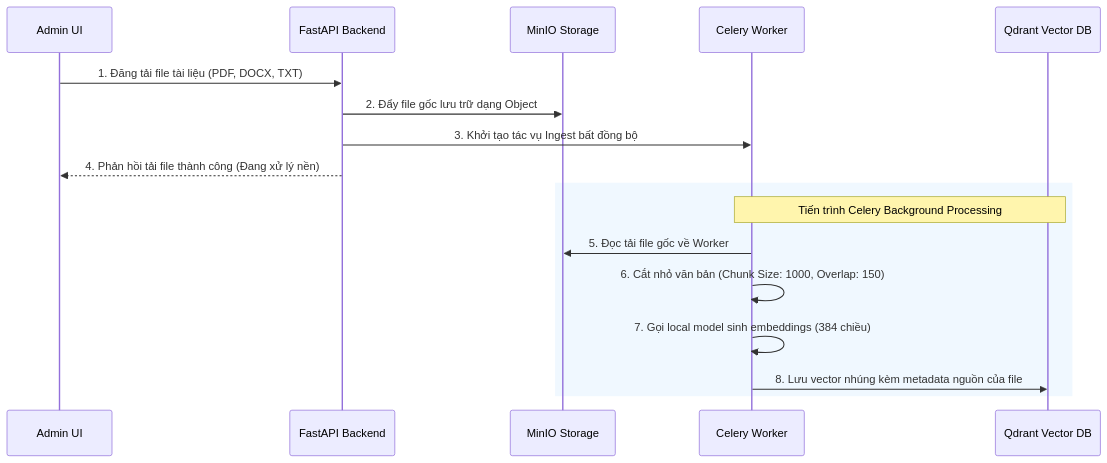
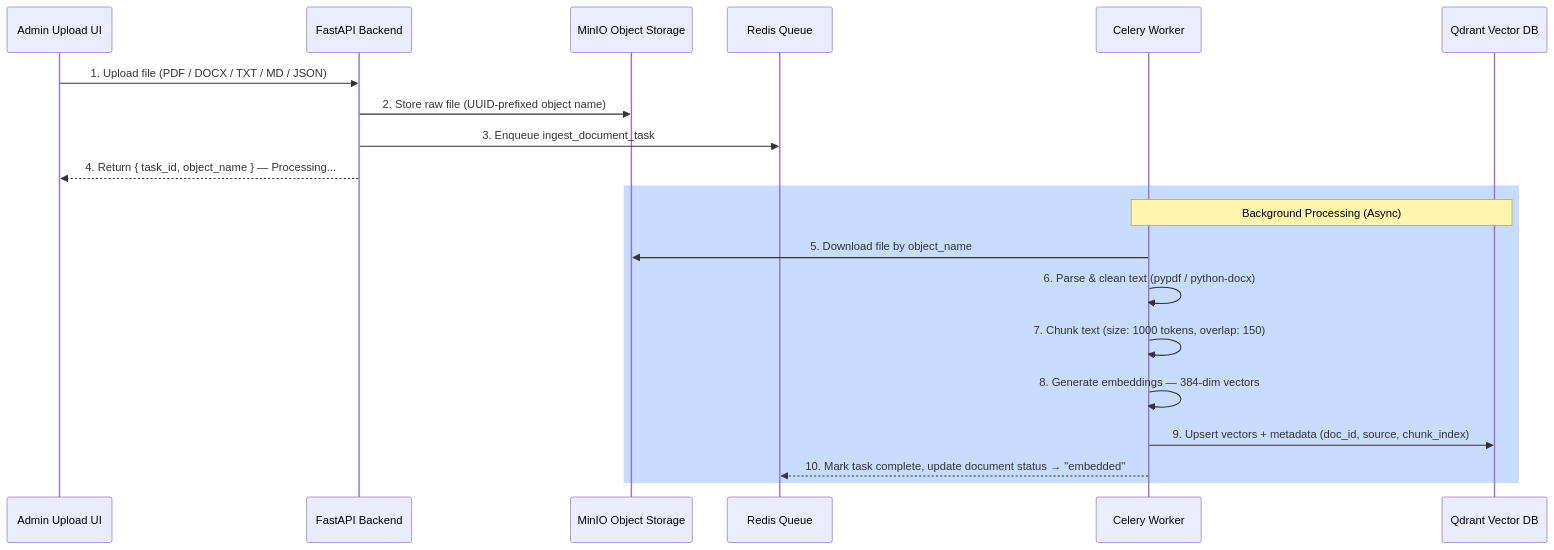
One commit to duykhanh186/RAG-Powered-GitLab-Handbook-Q-A-System changed the second of 3 diagrams in README.md. Above: the diagram before and after it, drawn with Mermaid. The commit also changed other lines of this file, not shown here.

````diff
--- a/README.md
+++ b/README.md
@@ -71,21 +77,24 @@
 ```mermaid
 sequenceDiagram
-    participant User as Admin UI
-    participant Backend as FastAPI Backend
-    participant MinIO as MinIO Storage
-    participant Celery as Celery Worker
-    participant DB as Qdrant Vector DB
+    participant UI as Admin Upload UI
+    participant API as FastAPI Backend
+    participant S3 as MinIO Object Storage
+    participant Queue as Redis Queue
+    participant Worker as Celery Worker
+    participant VDB as Qdrant Vector DB
 
-    User->>Backend: 1. Đăng tải file tài liệu (PDF, DOCX, TXT)
-    Backend->>MinIO: 2. Đẩy file gốc lưu trữ dạng Object
-    Backend->>Celery: 3. Khởi tạo tác vụ Ingest bất đồng bộ
-    Backend-->>User: 4. Phản hồi tải file thành công (Đang xử lý nền)
-    
-    rect rgb(240, 248, 255)
-        Note over Celery, DB: Tiến trình Celery Background Processing
-        Celery->>MinIO: 5. Đọc tải file gốc về Worker
-        Celery->>Celery: 6. Cắt nhỏ văn bản (Chunk Size: 1000, Overlap: 150)
-        Celery->>Celery: 7. Gọi local model sinh embeddings (384 chiều)
-        Celery->>DB: 8. Lưu vector nhúng kèm metadata nguồn của file
+    UI->>API: 1. Upload file (PDF / DOCX / TXT / MD / JSON)
+    API->>S3: 2. Store raw file (UUID-prefixed object name)
+    API->>Queue: 3. Enqueue ingest_document_task
+    API-->>UI: 4. Return { task_id, object_name } — Processing...
+
+    rect rgb(200, 220, 255)
+        Note over Worker,VDB: Background Processing (Async)
+        Worker->>S3: 5. Download file by object_name
+        Worker->>Worker: 6. Parse & clean text (pypdf / python-docx)
+        Worker->>Worker: 7. Chunk text (size: 1000 tokens, overlap: 150)
+        Worker->>Worker: 8. Generate embeddings — 384-dim vectors
+        Worker->>VDB: 9. Upsert vectors + metadata (doc_id, source, chunk_index)
+        Worker-->>Queue: 10. Mark task complete, update document status → "embedded"
     end
 ```
````
